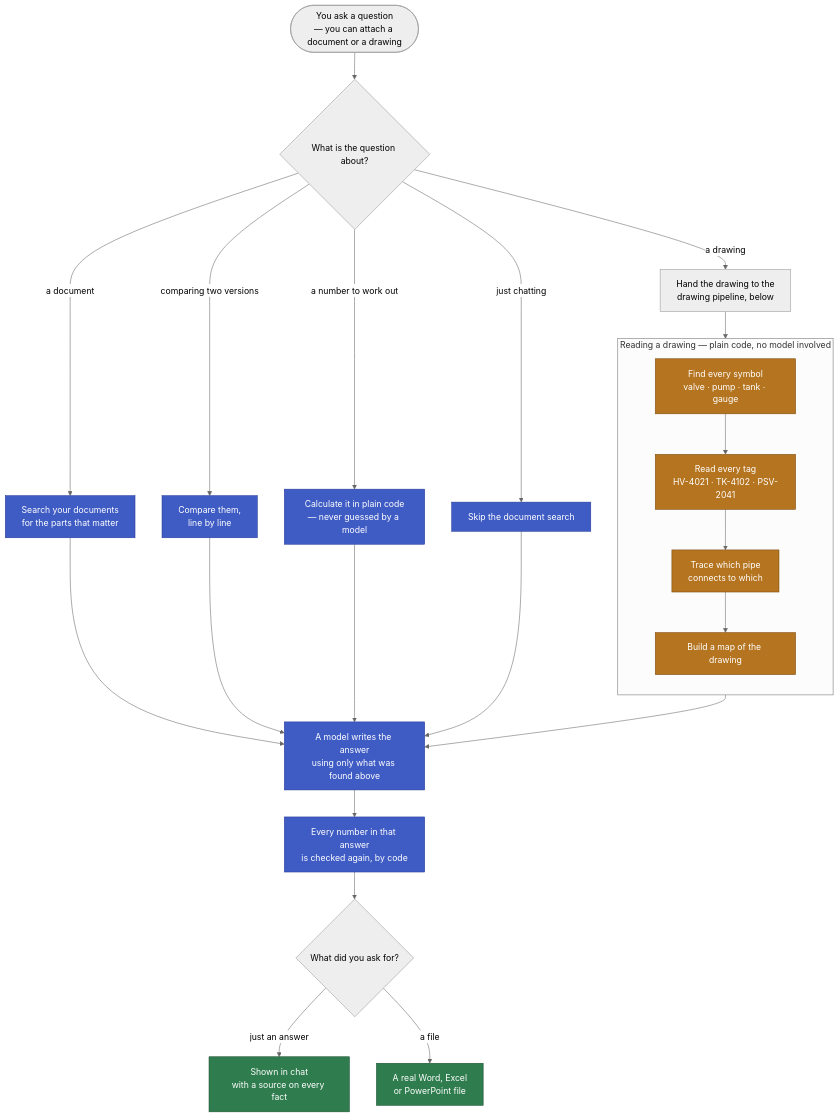
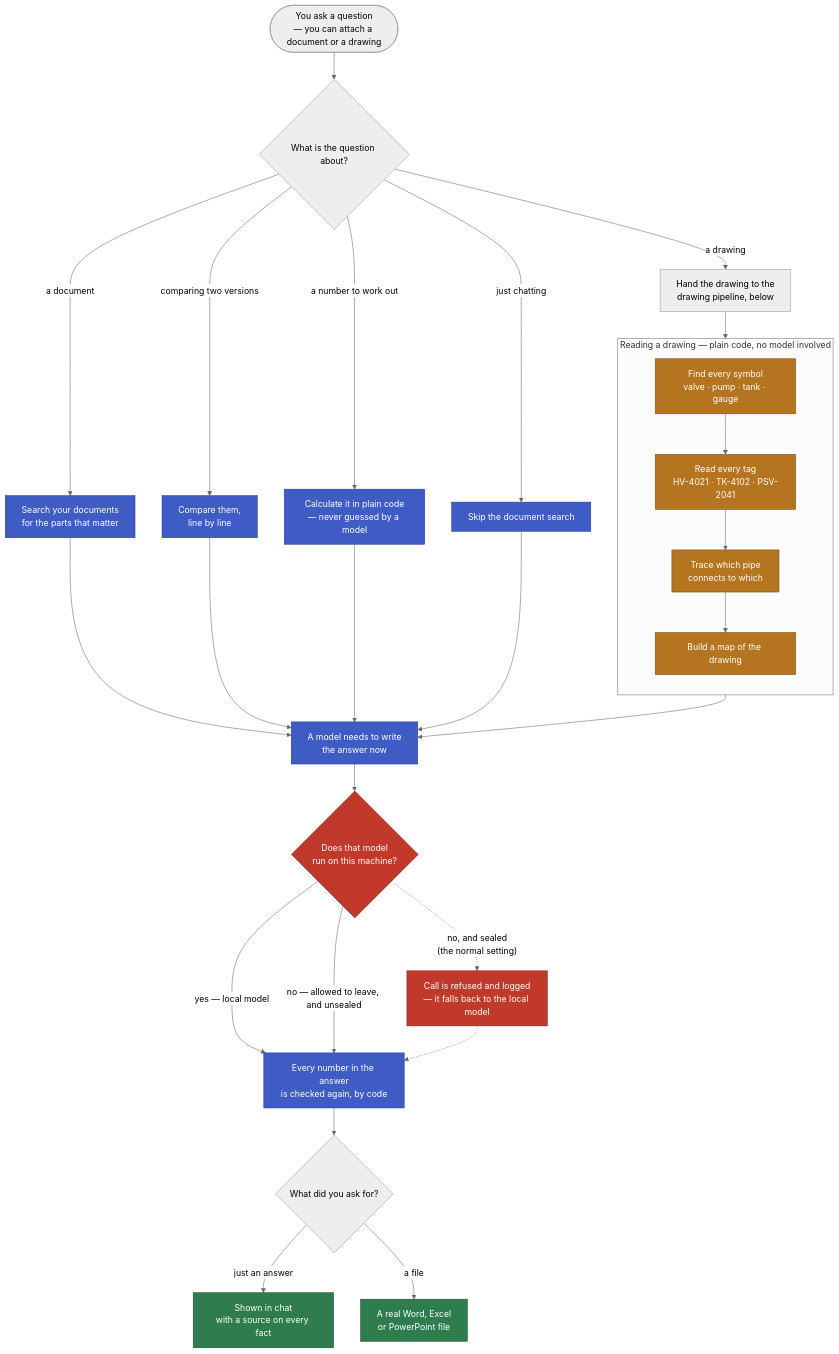
The first of 2 diagrams in README.md (karan27-dev/sylithe_agent), drawn with Mermaid (neutral theme) before and after one commit. The commit also changed other lines of this file, not shown here.

First line of the commit message:
README: add the air-gap check to the flow diagram, and how the P&ID detector was trained

````diff
--- a/README.md
+++ b/README.md
@@ -183,37 +183,44 @@
 ```mermaid
 flowchart TD
     START(["You ask a question<br/>— you can attach a document or a drawing"]) --> WHAT{"What is the question about?"}
 
     WHAT -->|"a document"| DOC["Search your documents<br/>for the parts that matter"]
     WHAT -->|"a drawing"| HAND["Hand the drawing to the<br/>drawing pipeline, below"]
     WHAT -->|"comparing two versions"| CMP["Compare them,<br/>line by line"]
     WHAT -->|"a number to work out"| CALC["Calculate it in plain code<br/>— never guessed by a model"]
     WHAT -->|"just chatting"| SKIP["Skip the document search"]
 
     subgraph PIDBOX["Reading a drawing — plain code, no model involved"]
         direction TB
         P1["Find every symbol<br/>valve · pump · tank · gauge"] --> P2["Read every tag<br/>HV-4021 · TK-4102 · PSV-2041"]
         P2 --> P3["Trace which pipe<br/>connects to which"]
         P3 --> P4["Build a map of the drawing"]
     end
 
     HAND --> P1
 
     DOC --> WRITE
     P4 --> WRITE
     CMP --> WRITE
     CALC --> WRITE
     SKIP --> WRITE
 
-    WRITE["A model writes the answer<br/>using only what was found above"] --> CHECK["Every number in that answer<br/>is checked again, by code"]
-    CHECK --> WANT{"What did you ask for?"}
+    WRITE["A model needs to write<br/>the answer now"] --> GATE{"Does that model<br/>run on this machine?"}
+    GATE -->|"yes — local model"| CHECK
+    GATE -->|"no — allowed to leave, and unsealed"| CHECK
+    GATE -.->|"no, and sealed<br/>(the normal setting)"| BLOCK["Call is refused and logged<br/>— it falls back to the local model"]
+    BLOCK -.-> CHECK
+
+    CHECK["Every number in the answer<br/>is checked again, by code"] --> WANT{"What did you ask for?"}
     WANT -->|"just an answer"| OUT1["Shown in chat<br/>with a source on every fact"]
     WANT -->|"a file"| OUT2["A real Word, Excel<br/>or PowerPoint file"]
 
     classDef route fill:#3f5cc4,stroke:#243a99,color:#fff
     classDef pidnode fill:#b5741f,stroke:#7a4d12,color:#fff
     classDef out fill:#2f7d4f,stroke:#1d4d30,color:#fff
+    classDef guard fill:#c0392b,stroke:#7a2019,color:#fff
     class DOC,CMP,CALC,SKIP,WRITE,CHECK route
     class P1,P2,P3,P4 pidnode
     class OUT1,OUT2 out
+    class GATE,BLOCK guard
 ```
````
